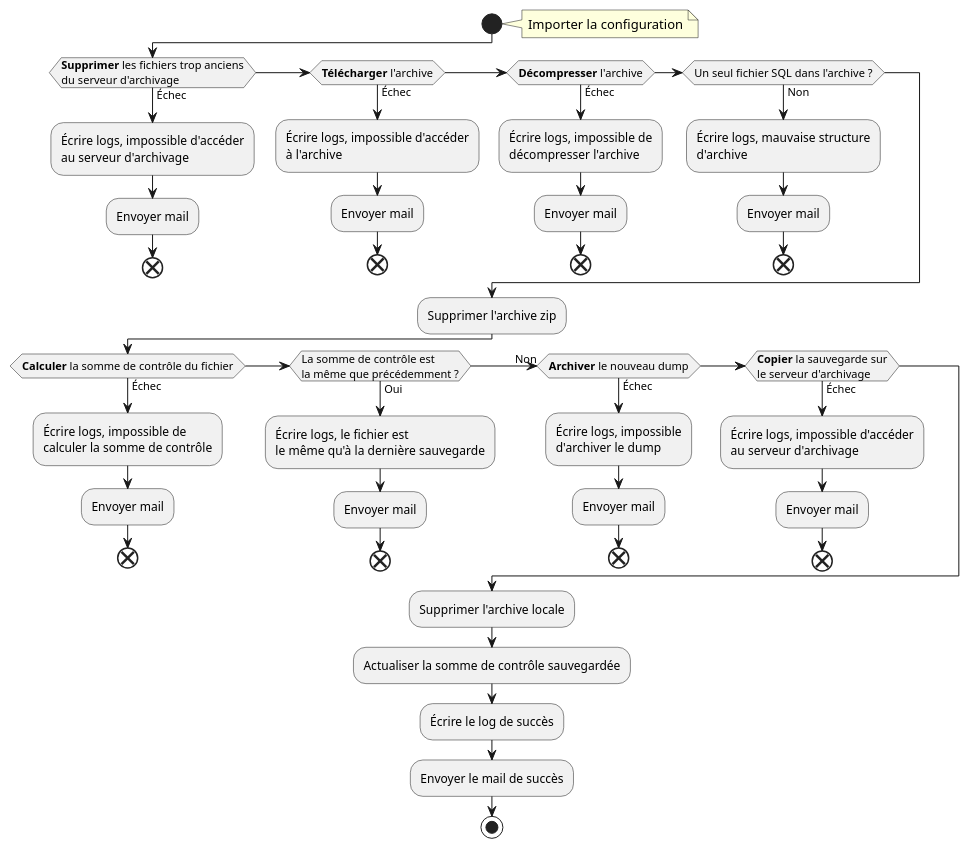
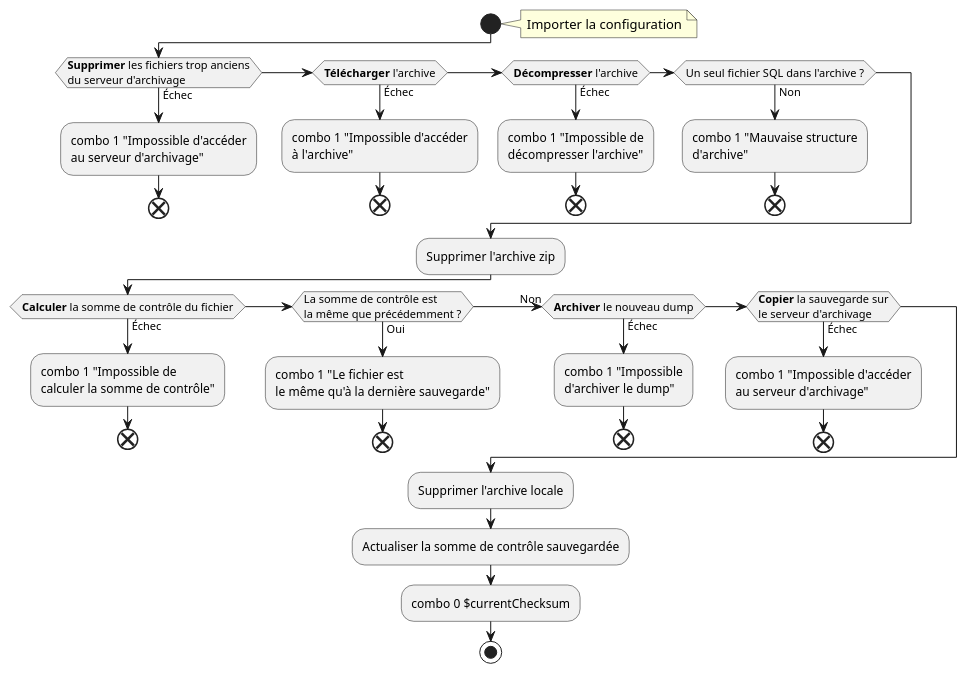
Before and after one commit to realnitsuj/scripting-projet: the diagram in rapport/activite.puml, drawn with PlantUML. The commit also changed 8 other files, not shown here.

```diff
--- a/rapport/activite.puml
+++ b/rapport/activite.puml
@@ -1,65 +1,56 @@
 @startuml
 
 '!pragma useVerticalIf on
 skinparam ConditionEndStyle hline
 
 start
 note right: Importer la configuration
 
 if (**Supprimer** les fichiers trop anciens
 du serveur d'archivage) then (Échec)
-    :Écrire logs, impossible d'accéder
-    au serveur d'archivage;
-    :Envoyer mail;
+    :combo 1 "Impossible d'accéder
+    au serveur d'archivage";
     end
 elseif (**Télécharger** l'archive) then (Échec)
-    :Écrire logs, impossible d'accéder
-    à l'archive;
-    :Envoyer mail;
+    :combo 1 "Impossible d'accéder
+    à l'archive";
     end
 elseif (**Décompresser** l'archive) then (Échec)
-    :Écrire logs, impossible de
-    décompresser l'archive;
-    :Envoyer mail;
+    :combo 1 "Impossible de
+    décompresser l'archive";
     end
 elseif (Un seul fichier SQL dans l'archive ?) then (Non)
-    :Écrire logs, mauvaise structure
-    d'archive;
-    :Envoyer mail;
+    :combo 1 "Mauvaise structure
+    d'archive";
     end
 endif
 
 :Supprimer l'archive zip;
 
 if (**Calculer** la somme de contrôle du fichier) then (Échec)
-    :Écrire logs, impossible de
-    calculer la somme de contrôle;
-    :Envoyer mail;
+    :combo 1 "Impossible de
+    calculer la somme de contrôle";
     end
 elseif (La somme de contrôle est
 la même que précédemment ?) then (Oui)
-    :Écrire logs, le fichier est
-    le même qu'à la dernière sauvegarde;
-    :Envoyer mail;
+    :combo 1 "Le fichier est
+    le même qu'à la dernière sauvegarde";
     end
 (Non) elseif (**Archiver** le nouveau dump) then (Échec)
-    :Écrire logs, impossible
-    d'archiver le dump;
-    :Envoyer mail;
+    :combo 1 "Impossible
+    d'archiver le dump";
     end
 elseif (**Copier** la sauvegarde sur
 le serveur d'archivage) then (Échec)
-    :Écrire logs, impossible d'accéder
-    au serveur d'archivage;
-    :Envoyer mail;
+    :combo 1 "Impossible d'accéder
+    au serveur d'archivage";
     end
 endif
 
 :Supprimer l'archive locale;
 :Actualiser la somme de contrôle sauvegardée;
-:Écrire le log de succès;
-:Envoyer le mail de succès;
+:combo 0 $currentChecksum;
 
 stop
 
 @enduml
```
